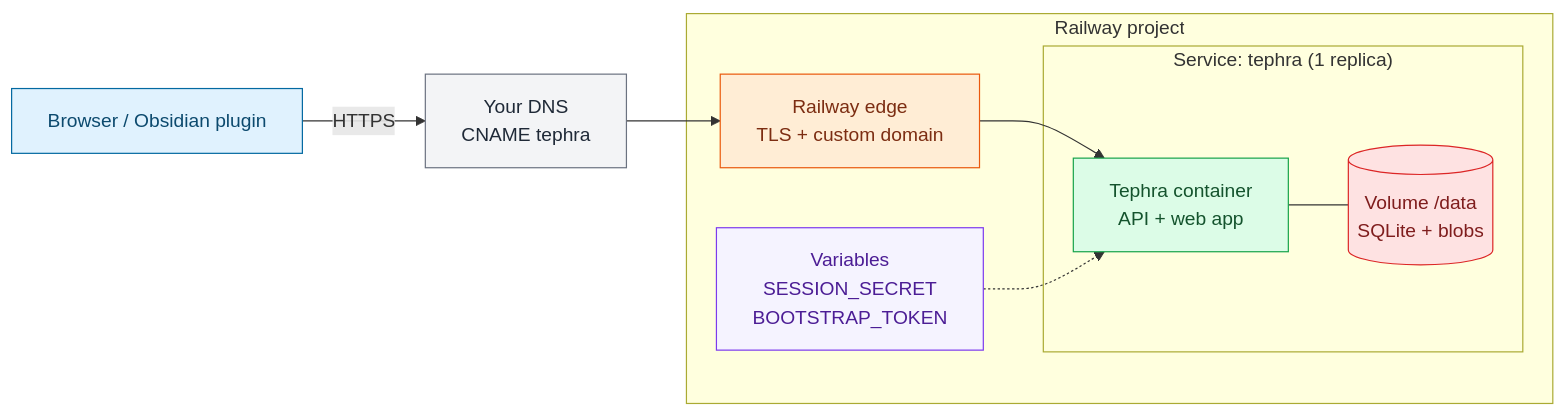
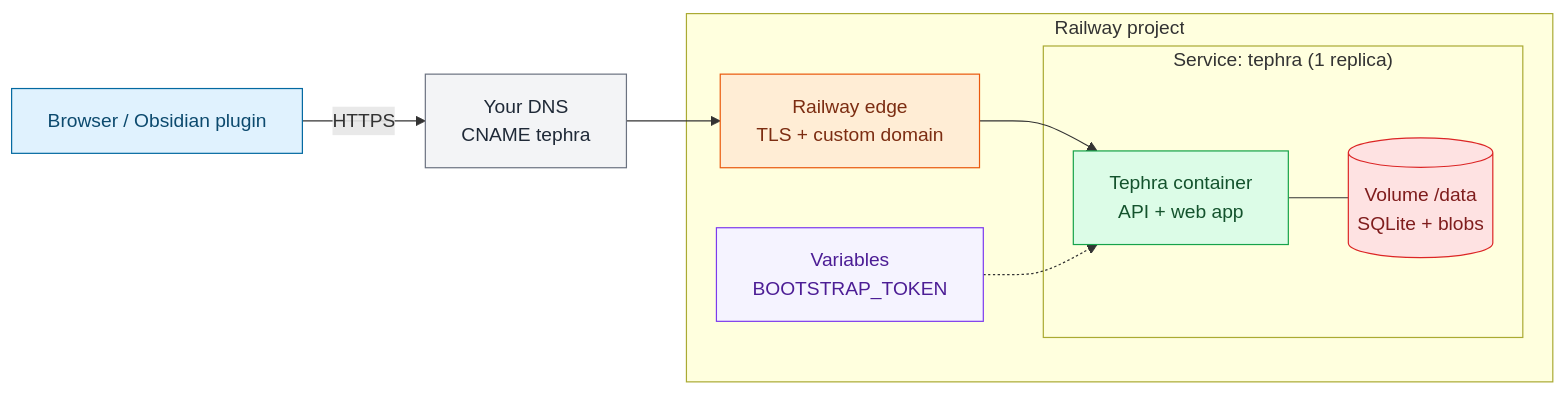
The diagram in docs/deploy/RAILWAY.md (championswimmer/tephra), drawn with Mermaid before and after one commit. The commit also changed other lines of this file and 159 other files, not shown here.

````diff
--- a/docs/deploy/RAILWAY.md
+++ b/docs/deploy/RAILWAY.md
@@ -9,30 +9,30 @@
 ```mermaid
 flowchart LR
   U["Browser / Obsidian plugin"]
   DNS["Your DNS<br/>CNAME tephra"]
   subgraph RW["Railway project"]
     EDGE["Railway edge<br/>TLS + custom domain"]
     subgraph SVC["Service: tephra (1 replica)"]
       APP["Tephra container<br/>API + web app"]
       VOL[("Volume /data<br/>SQLite + blobs")]
     end
-    VARS["Variables<br/>SESSION_SECRET<br/>BOOTSTRAP_TOKEN"]
+    VARS["Variables<br/>BOOTSTRAP_TOKEN"]
   end
   DNS --> EDGE --> APP
   APP --- VOL
   VARS -.-> APP
   U -->|HTTPS| DNS
 
   class U actor;
   class DNS meta;
   class EDGE edge;
   class APP run;
   class VOL data;
   class VARS secret;
   classDef actor fill:#E0F2FE,stroke:#0369A1,color:#0C4A6E;
   classDef edge fill:#FFEDD5,stroke:#EA580C,color:#7C2D12;
   classDef run fill:#DCFCE7,stroke:#16A34A,color:#14532D;
   classDef data fill:#FEE2E2,stroke:#DC2626,color:#7F1D1D;
   classDef secret fill:#F5F3FF,stroke:#7C3AED,color:#4C1D95;
   classDef meta fill:#F3F4F6,stroke:#6B7280,color:#1F2937;
 ```
````
